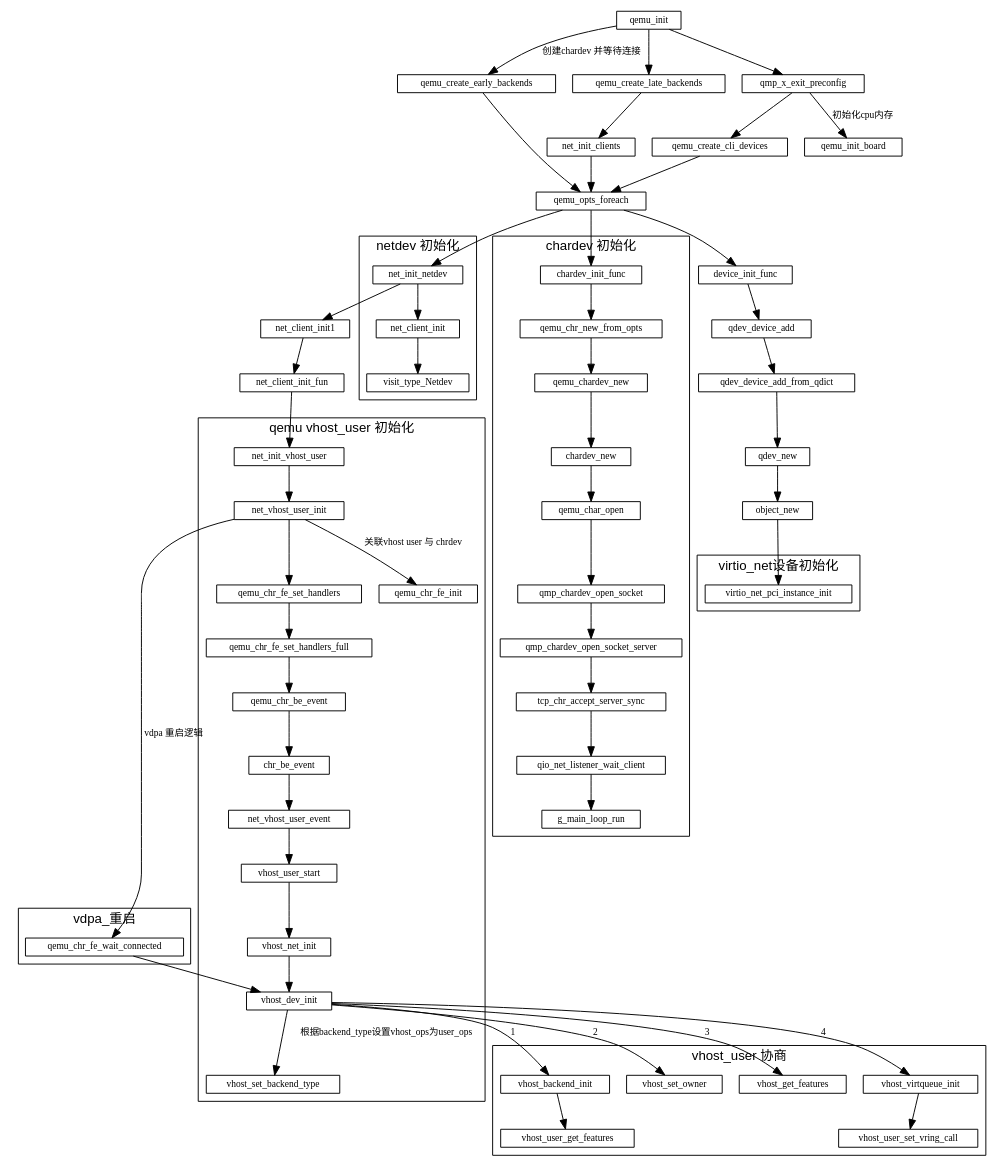
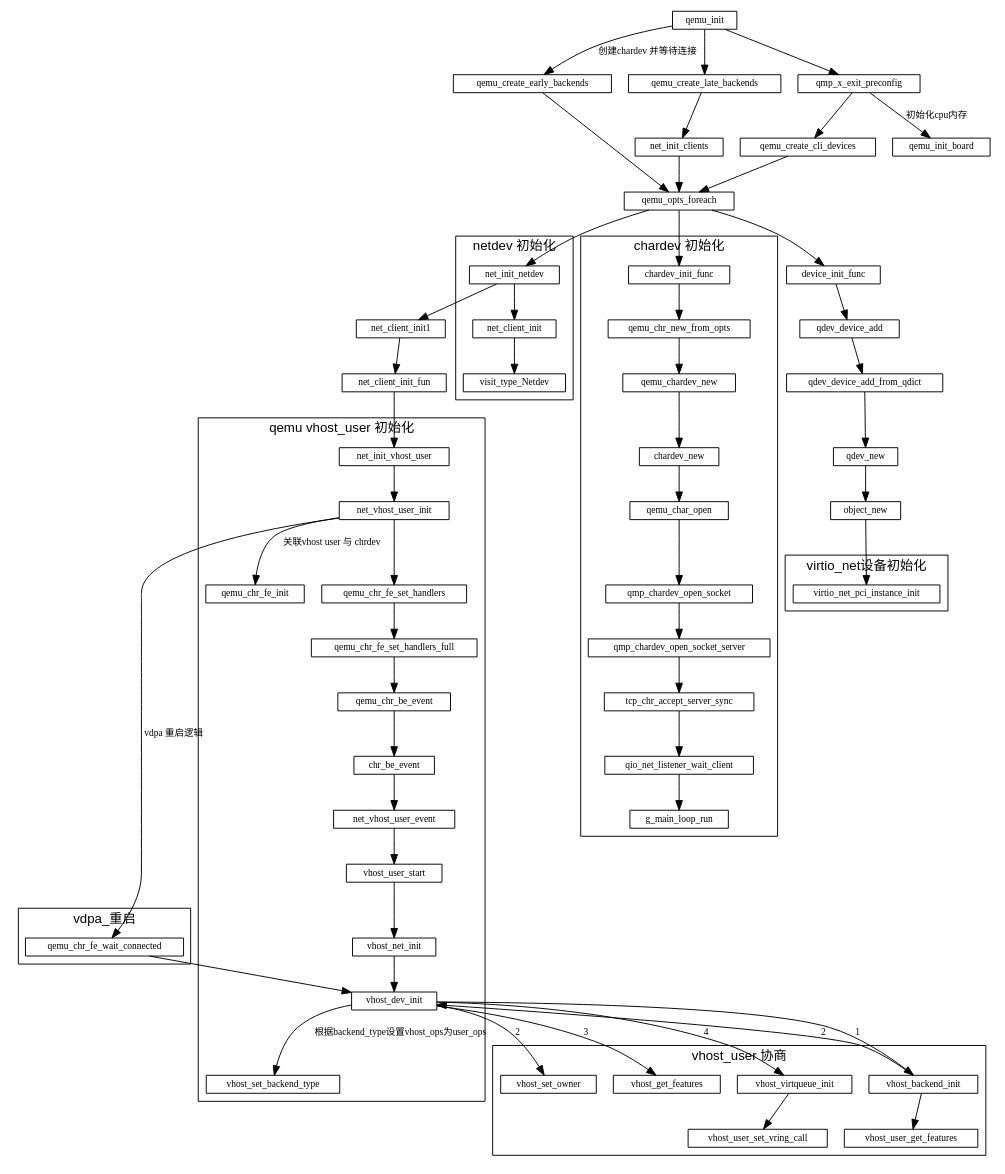
One commit to sisyphus1212/note changed the diagram in qemu/qemu初始化.md. Above: the diagram before and after it, drawn with Graphviz.

Commit message:
auto_update

```diff
--- a/qemu/qemu初始化.md
+++ b/qemu/qemu初始化.md
@@ -68,7 +68,8 @@
         cluster=true;
         //vhost_dev_init ->
         vhost_dev_init -> vhost_backend_init[label="1"]
-        vhost_backend_init-> vhost_user_get_features
+            vhost_backend_init -> vhost_user_get_features
+            vhost_backend_init ->
         vhost_dev_init -> vhost_set_owner[label="2"]
         vhost_dev_init -> vhost_get_features[label="3"]
         vhost_dev_init -> vhost_virtqueue_init[label="4"]
```
